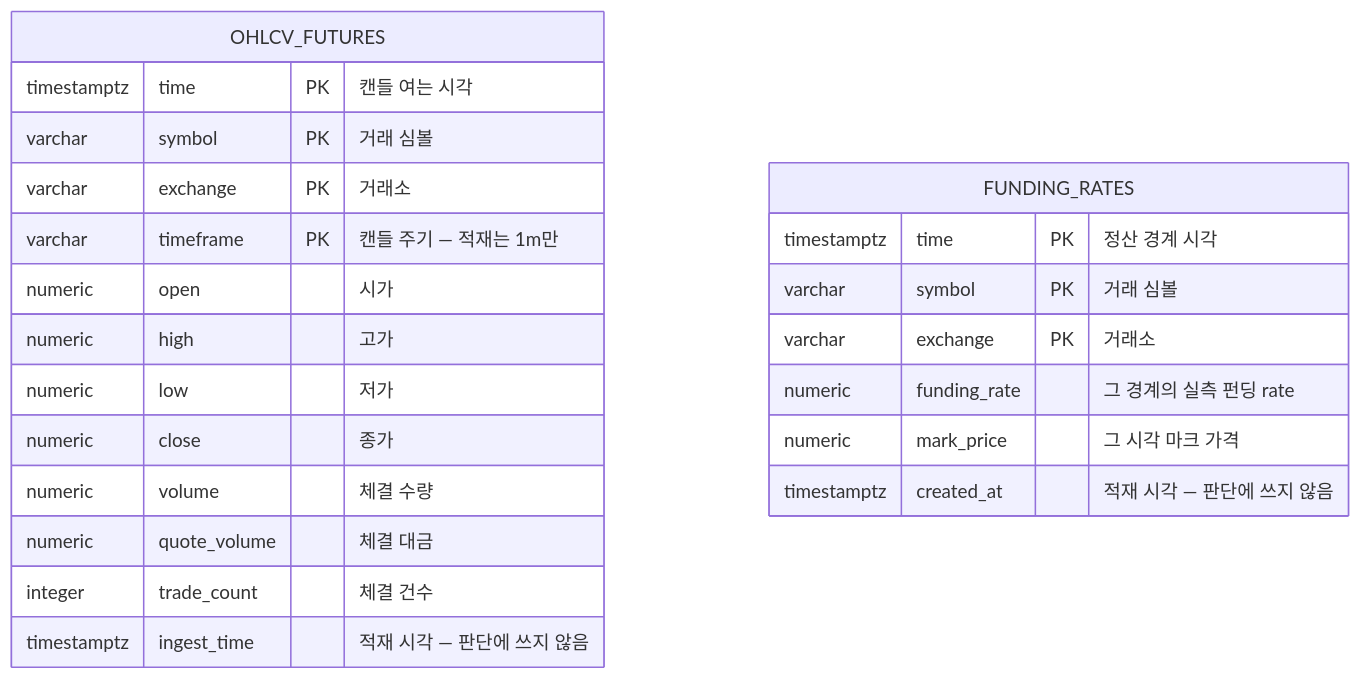
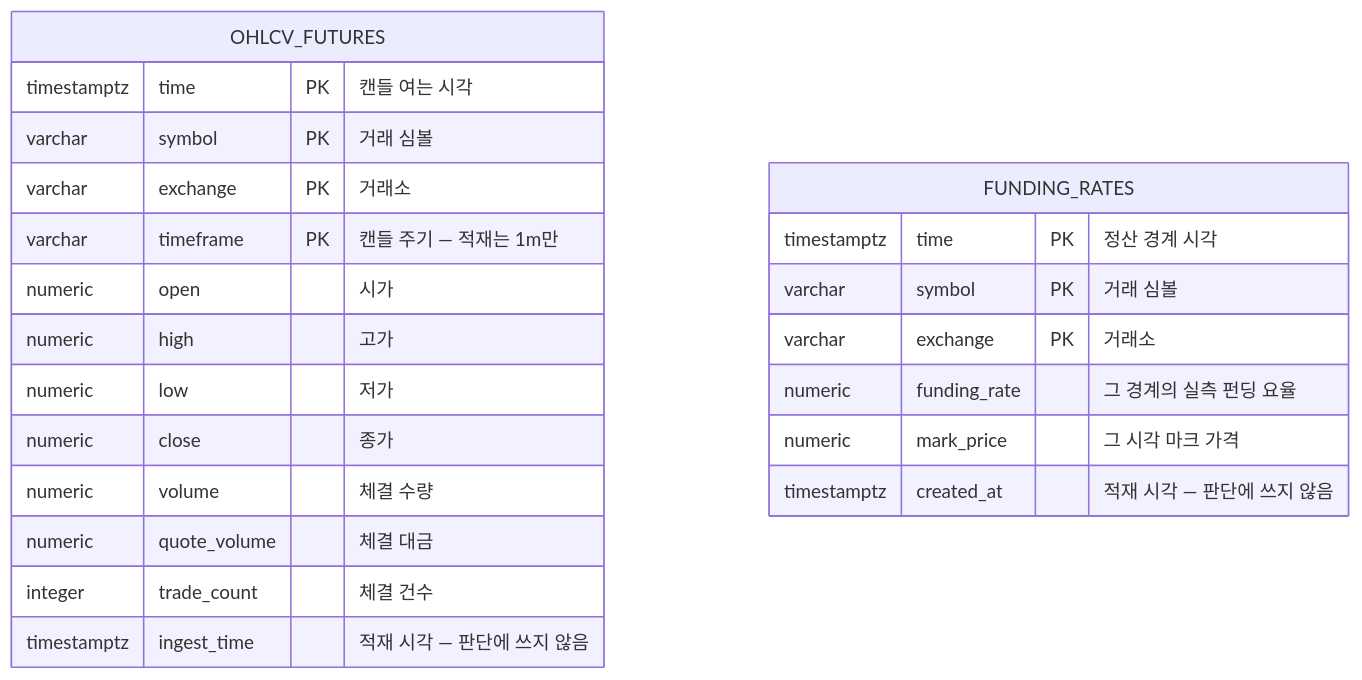
The second of 6 diagrams in docs/fullspec/backtest_v2_detailed_design_database.md (vessel35/trading-system-v2), drawn with Mermaid before and after one commit. The commit also changed other lines of this file and 1 other file, not shown here.

````diff
--- a/docs/fullspec/backtest_v2_detailed_design_database.md
+++ b/docs/fullspec/backtest_v2_detailed_design_database.md
@@ -197,25 +198,25 @@
 ```mermaid
 erDiagram
     OHLCV_FUTURES {
         timestamptz time PK "캔들 여는 시각"
         varchar symbol PK "거래 심볼"
         varchar exchange PK "거래소"
         varchar timeframe PK "캔들 주기 — 적재는 1m만"
         numeric open "시가"
         numeric high "고가"
         numeric low "저가"
         numeric close "종가"
         numeric volume "체결 수량"
         numeric quote_volume "체결 대금"
         integer trade_count "체결 건수"
         timestamptz ingest_time "적재 시각 — 판단에 쓰지 않음"
     }
     FUNDING_RATES {
         timestamptz time PK "정산 경계 시각"
         varchar symbol PK "거래 심볼"
         varchar exchange PK "거래소"
-        numeric funding_rate "그 경계의 실측 펀딩 rate"
+        numeric funding_rate "그 경계의 실측 펀딩 요율"
         numeric mark_price "그 시각 마크 가격"
         timestamptz created_at "적재 시각 — 판단에 쓰지 않음"
     }
 ```
````
